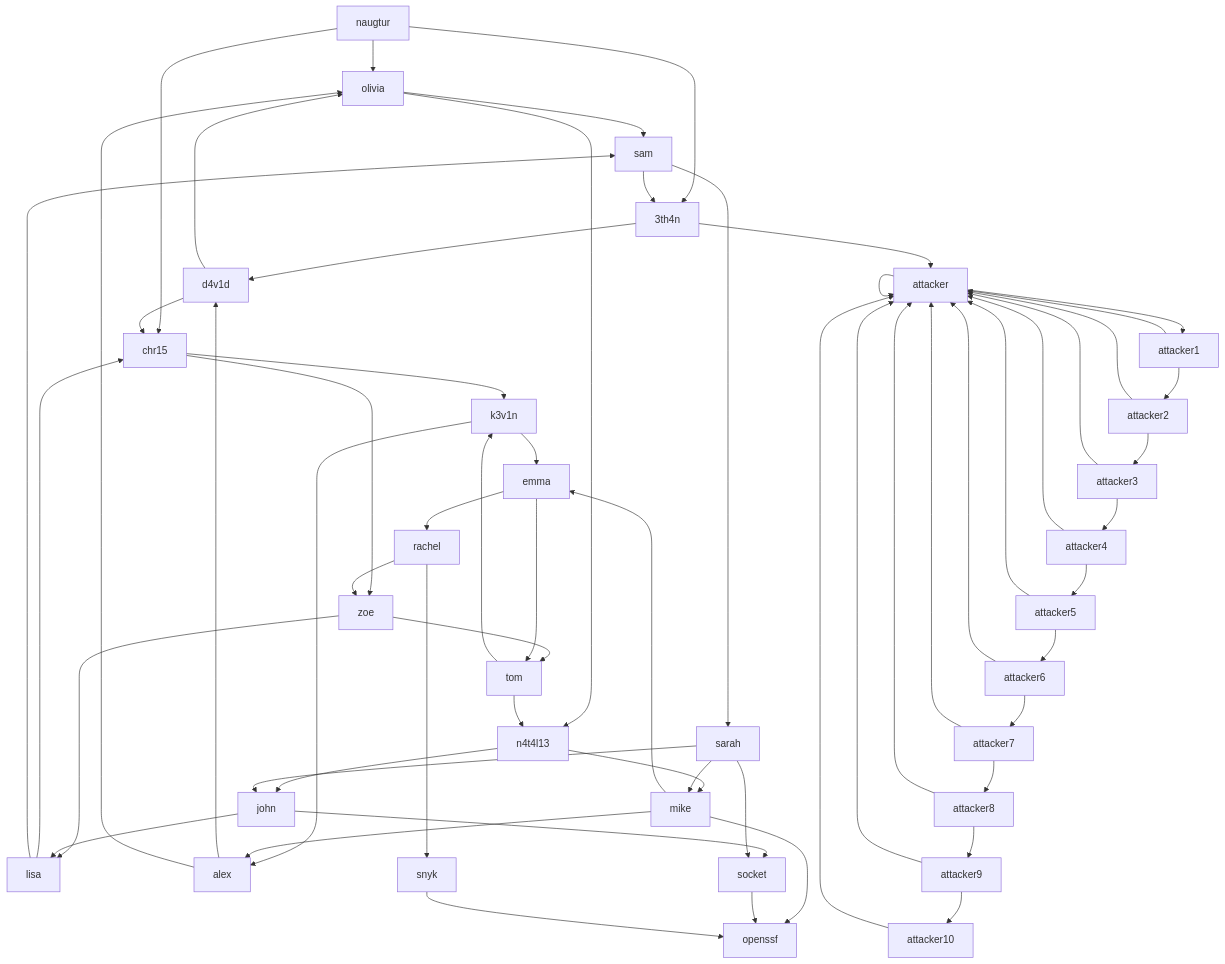
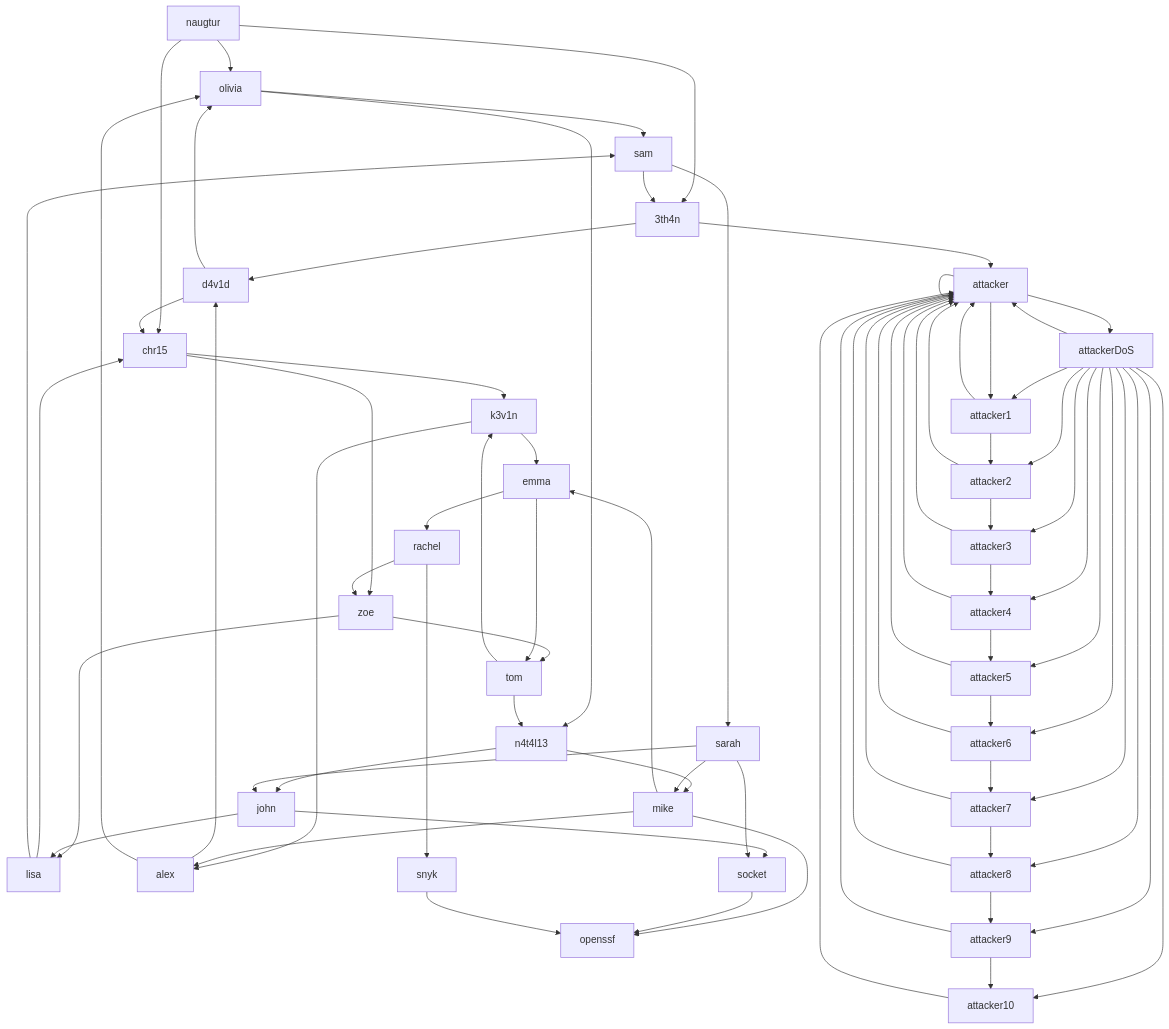
Before and after one commit to naugtur/trust-graph: the diagram in graph-example/structure.md, drawn with Mermaid. The commit also changed 6 other files, not shown here.

````diff
--- a/graph-example/structure.md
+++ b/graph-example/structure.md
@@ -1,63 +1,75 @@
 ```mermaid
 graph TD
     naugtur --> olivia
     naugtur --> chr15
     naugtur --> 3th4n
     3th4n --> attacker
     3th4n --> d4v1d
     zoe --> lisa
     zoe --> tom
     k3v1n --> emma
     k3v1n --> alex
     n4t4l13 --> mike
     n4t4l13 --> john
     sam --> 3th4n
     sam --> sarah
     chr15 --> k3v1n
     chr15 --> zoe
     olivia --> sam
     olivia --> n4t4l13
     d4v1d --> olivia
     d4v1d --> chr15
     rachel --> zoe
     rachel --> snyk
     tom --> n4t4l13
     tom --> k3v1n
     lisa --> chr15
     lisa --> sam
     alex --> d4v1d
     alex --> olivia
     emma --> tom
     emma --> rachel
     john --> socket
     john --> lisa
     mike --> openssf
     mike --> emma
     mike --> alex
     sarah --> socket
     sarah --> mike
     sarah --> john
     socket --> openssf
     snyk --> openssf
+    attackerDoS --> attacker
+    attackerDoS --> attacker1
+    attackerDoS --> attacker2
+    attackerDoS --> attacker3
+    attackerDoS --> attacker4
+    attackerDoS --> attacker5
+    attackerDoS --> attacker6
+    attackerDoS --> attacker7
+    attackerDoS --> attacker8
+    attackerDoS --> attacker9
+    attackerDoS --> attacker10
     attacker10 --> attacker
     attacker9 --> attacker
     attacker9 --> attacker10
     attacker8 --> attacker
     attacker8 --> attacker9
     attacker7 --> attacker
     attacker7 --> attacker8
     attacker6 --> attacker
     attacker6 --> attacker7
     attacker5 --> attacker
     attacker5 --> attacker6
     attacker4 --> attacker
     attacker4 --> attacker5
     attacker3 --> attacker
     attacker3 --> attacker4
     attacker2 --> attacker
     attacker2 --> attacker3
     attacker1 --> attacker
     attacker1 --> attacker2
     attacker --> attacker
+    attacker --> attackerDoS
     attacker --> attacker1
 ```
````
